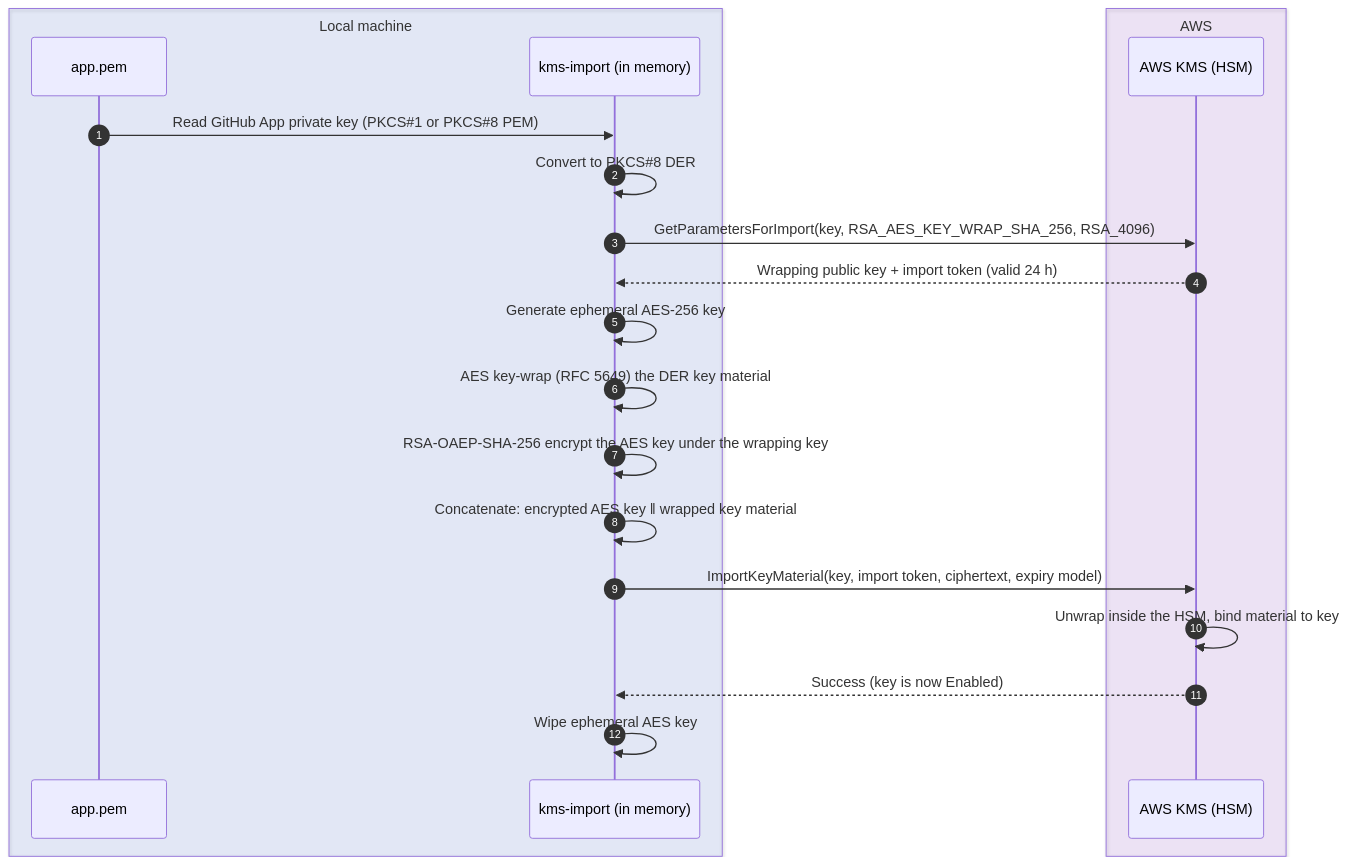
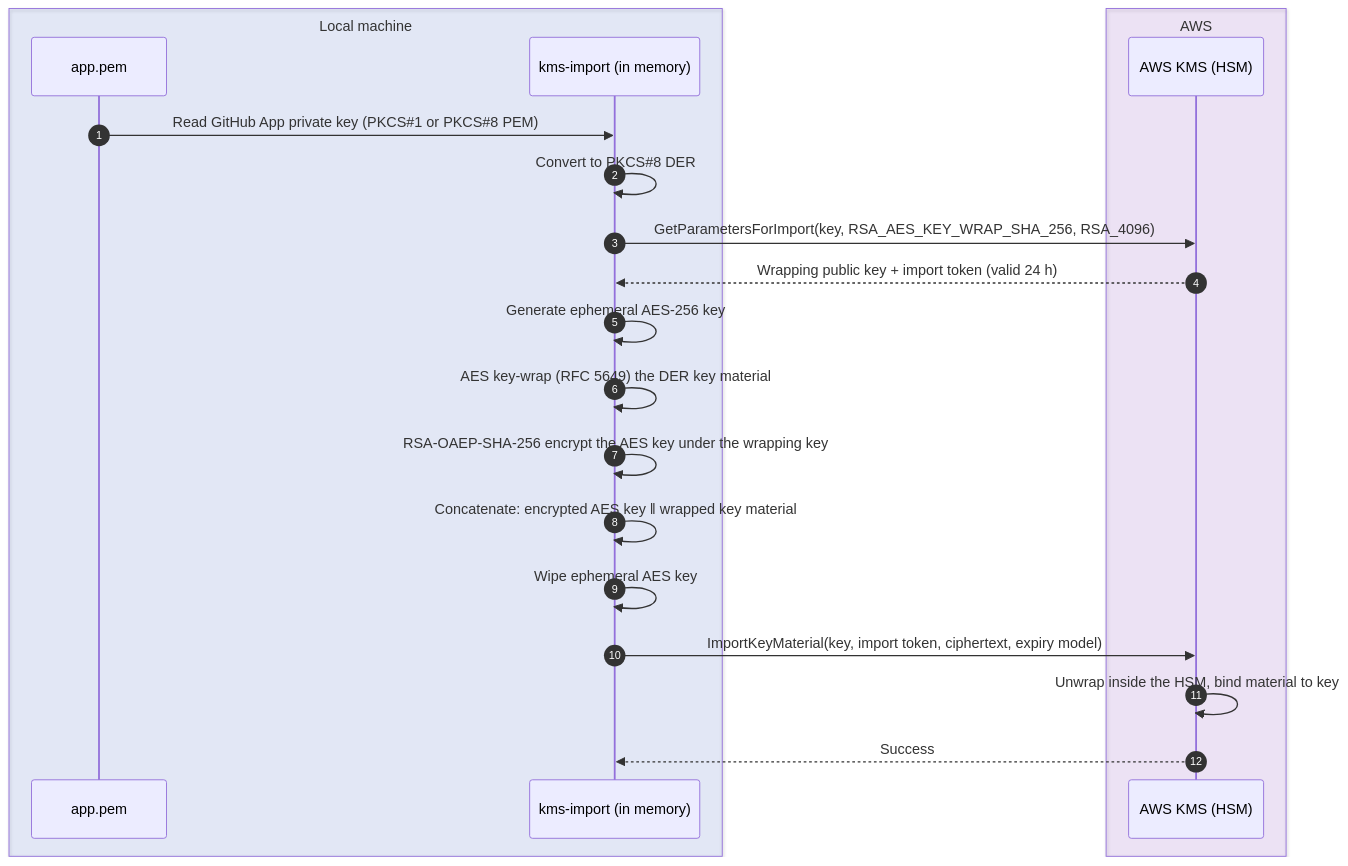
Before and after one commit to chinmina/kms-import: the diagram in README.md, drawn with Mermaid. The commit also changed other lines of this file, not shown here.

Commit message:
docs: align import diagram and key state wording with implementation

````diff
--- a/README.md
+++ b/README.md
@@ -20,24 +20,24 @@
 ```mermaid
 sequenceDiagram
     autonumber
     box rgba(29,78,216,0.10) Local machine
         participant PEM as app.pem
         participant Tool as kms-import (in memory)
     end
     box rgba(126,34,206,0.10) AWS
         participant KMS as AWS KMS (HSM)
     end
 
     PEM->>Tool: Read GitHub App private key (PKCS#35;1 or PKCS#35;8 PEM)
     Tool->>Tool: Convert to PKCS#35;8 DER
     Tool->>KMS: GetParametersForImport(key, RSA_AES_KEY_WRAP_SHA_256, RSA_4096)
     KMS-->>Tool: Wrapping public key + import token (valid 24 h)
     Tool->>Tool: Generate ephemeral AES-256 key
     Tool->>Tool: AES key-wrap (RFC 5649) the DER key material
     Tool->>Tool: RSA-OAEP-SHA-256 encrypt the AES key under the wrapping key
     Tool->>Tool: Concatenate: encrypted AES key ‖ wrapped key material
+    Tool->>Tool: Wipe ephemeral AES key
     Tool->>KMS: ImportKeyMaterial(key, import token, ciphertext, expiry model)
     KMS->>KMS: Unwrap inside the HSM, bind material to key
-    KMS-->>Tool: Success (key is now Enabled)
-    Tool->>Tool: Wipe ephemeral AES key
+    KMS-->>Tool: Success
 ```
````
